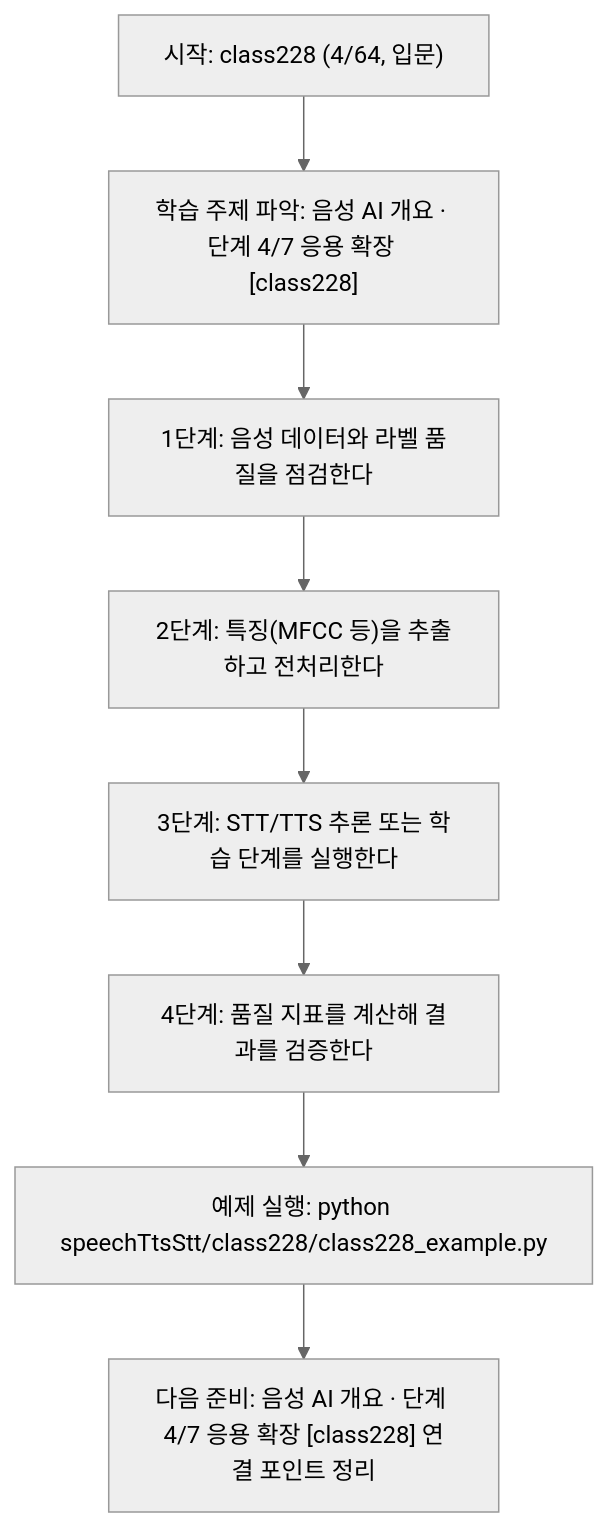
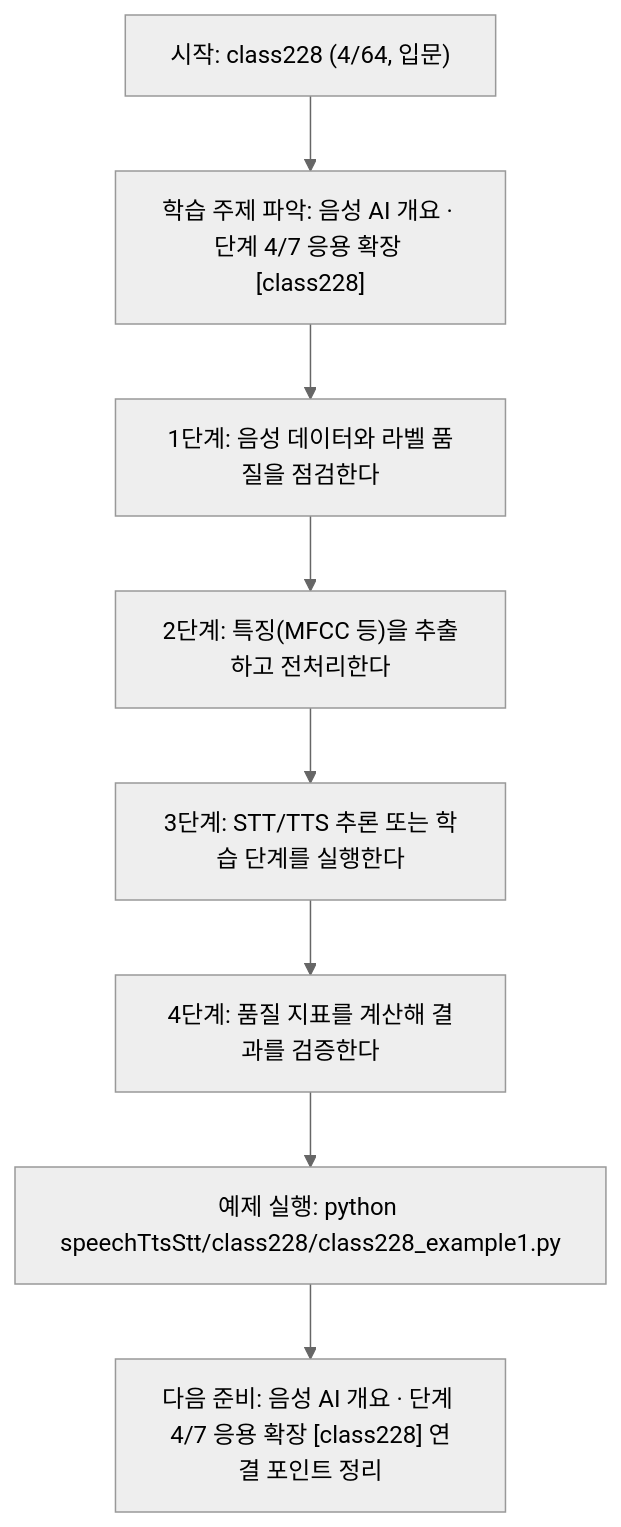
The diagram in speechTtsStt/class228/class228.md (edumgt/Python-AI_Agent-Class), drawn with Mermaid (neutral theme) before and after one commit. The commit also changed other lines of this file and 2959 other files, not shown here.

````diff
--- a/speechTtsStt/class228/class228.md
+++ b/speechTtsStt/class228/class228.md
@@ -114,18 +114,18 @@
 ```mermaid
 flowchart TD
 N1["시작: class228 (4/64, 입문)"]
 N2["학습 주제 파악: 음성 AI 개요 · 단계 4/7 응용 확장 [class228]"]
 N3["1단계: 음성 데이터와 라벨 품질을 점검한다"]
 N4["2단계: 특징(MFCC 등)을 추출하고 전처리한다"]
 N5["3단계: STT/TTS 추론 또는 학습 단계를 실행한다"]
 N6["4단계: 품질 지표를 계산해 결과를 검증한다"]
-N7["예제 실행: python speechTtsStt/class228/class228_example.py"]
+N7["예제 실행: python speechTtsStt/class228/class228_example1.py"]
 N8["다음 준비: 음성 AI 개요 · 단계 4/7 응용 확장 [class228] 연결 포인트 정리"]
 N1 --> N2
 N2 --> N3
 N3 --> N4
 N4 --> N5
 N5 --> N6
 N6 --> N7
 N7 --> N8
 ```
````
